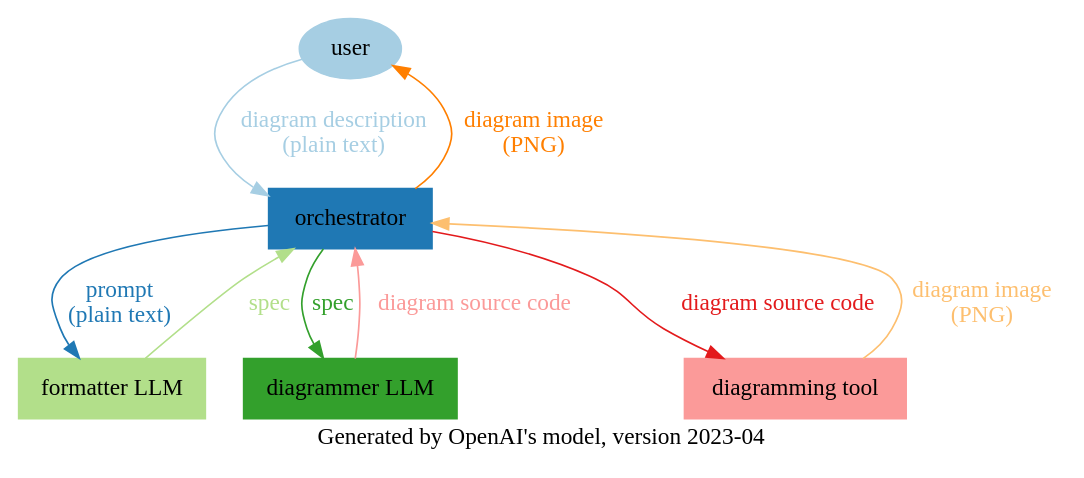
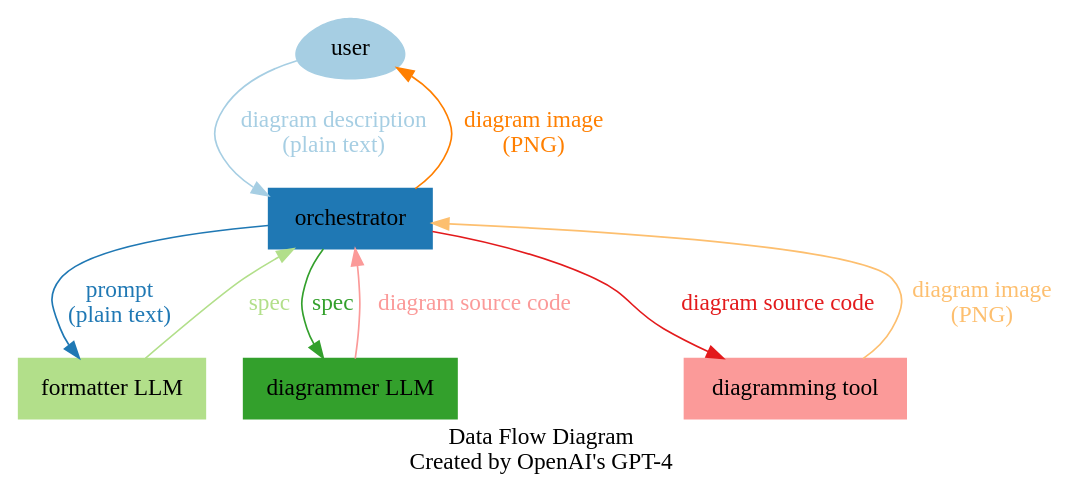
One commit to christianromney/diagrammer changed the diagram in readme.org. Above: the diagram before and after it, drawn with Graphviz. The commit also changed other lines of this file and 5 other files, not shown here.

Commit message:
Add authorship label to diagram

```diff
--- a/readme.org
+++ b/readme.org
@@ -202,22 +202,22 @@
 #+begin_src dot :file diagram.png :tangle diagram.dot :cmdline -Kdot -Tpng
-digraph G {
-    graph [bgcolor=white fontname="Roboto Mono" label="Generated by OpenAI's model, version 2023-04"];
-    node [style=filled colorscheme=paired12 fontname="Roboto Mono"];
-    edge [colorscheme=paired12 fontname="Roboto Mono"];
+digraph DataFlow {
+    graph [bgcolor=white, label="Data Flow Diagram\nCreated by OpenAI's GPT-4", fontname="Roboto Mono"];
+    node [style=filled, colorscheme=paired12, fontname="Roboto Mono"];
+    edge [colorscheme=paired12, fontname="Roboto Mono"];
 
-    user [shape=oval label="user" color=1];
-    orchestrator [shape=box label="orchestrator" color=2];
-    formatterLLM [shape=box label="formatter LLM" color=3];
-    diagrammerLLM [shape=box label="diagrammer LLM" color=4];
-    diagrammingtool [shape=box label="diagramming tool" color=5];
+    user [shape=egg, color=1, label="user"];
+    orchestrator [shape=box, color=2, label="orchestrator"];
+    formatterLLM [shape=box, color=3, label="formatter LLM"];
+    diagrammerLLM [shape=box, color=4, label="diagrammer LLM"];
+    diagrammingTool [shape=box, color=5, label="diagramming tool"];
 
-    user -> orchestrator [label="diagram description\n(plain text)" color=1 fontcolor=1];
-    orchestrator -> formatterLLM [label="prompt\n(plain text)" color=2 fontcolor=2];
-    formatterLLM -> orchestrator [label="spec" color=3 fontcolor=3];
-    orchestrator -> diagrammerLLM [label="spec" color=4 fontcolor=4];
-    diagrammerLLM -> orchestrator [label="diagram source code" color=5 fontcolor=5];
-    orchestrator -> diagrammingtool [label="diagram source code" color=6 fontcolor=6];
-    diagrammingtool -> orchestrator [label="diagram image\n(PNG)" color=7 fontcolor=7];
-    orchestrator -> user [label="diagram image\n(PNG)" color=8 fontcolor=8];
+    user -> orchestrator [label="diagram description\n(plain text)", color=1, fontcolor=1];
+    orchestrator -> formatterLLM [label="prompt\n(plain text)", color=2, fontcolor=2];
+    formatterLLM -> orchestrator [label="spec", color=3, fontcolor=3];
+    orchestrator -> diagrammerLLM [label="spec", color=4, fontcolor=4];
+    diagrammerLLM -> orchestrator [label="diagram source code", color=5, fontcolor=5];
+    orchestrator -> diagrammingTool [label="diagram source code", color=6, fontcolor=6];
+    diagrammingTool -> orchestrator [label="diagram image\n(PNG)", color=7, fontcolor=7];
+    orchestrator -> user [label="diagram image\n(PNG)", color=8, fontcolor=8];
 }
 #+end_src
```
